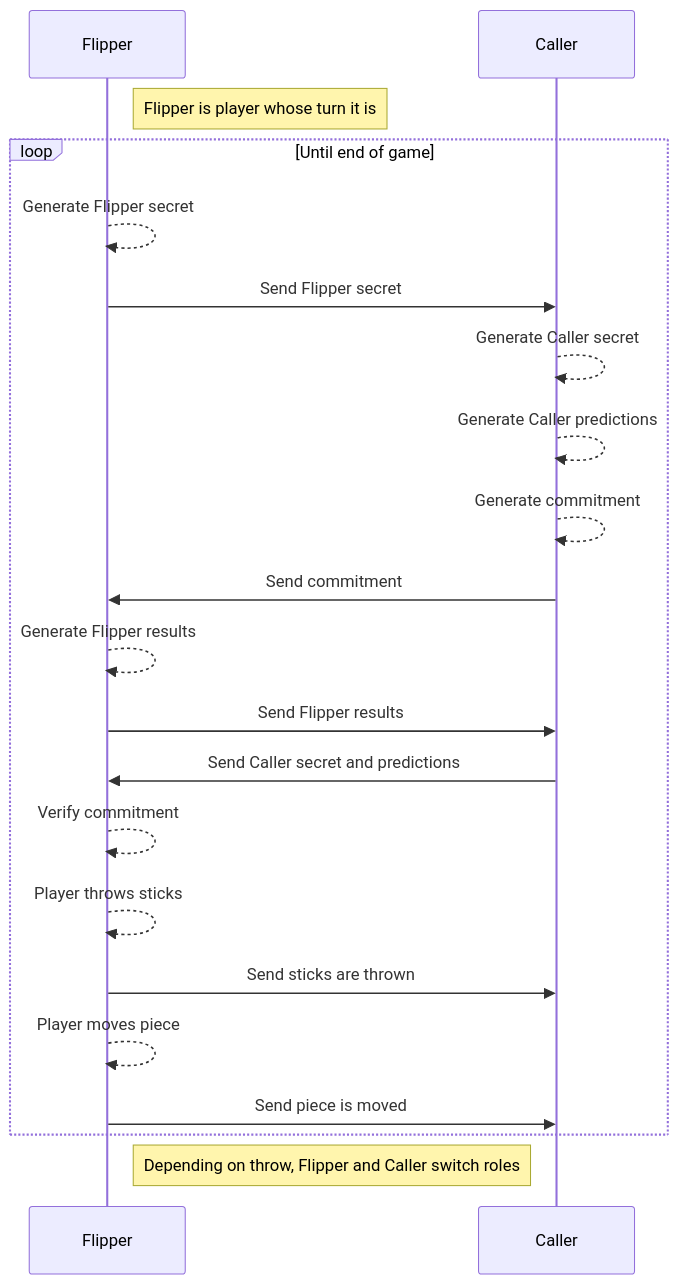
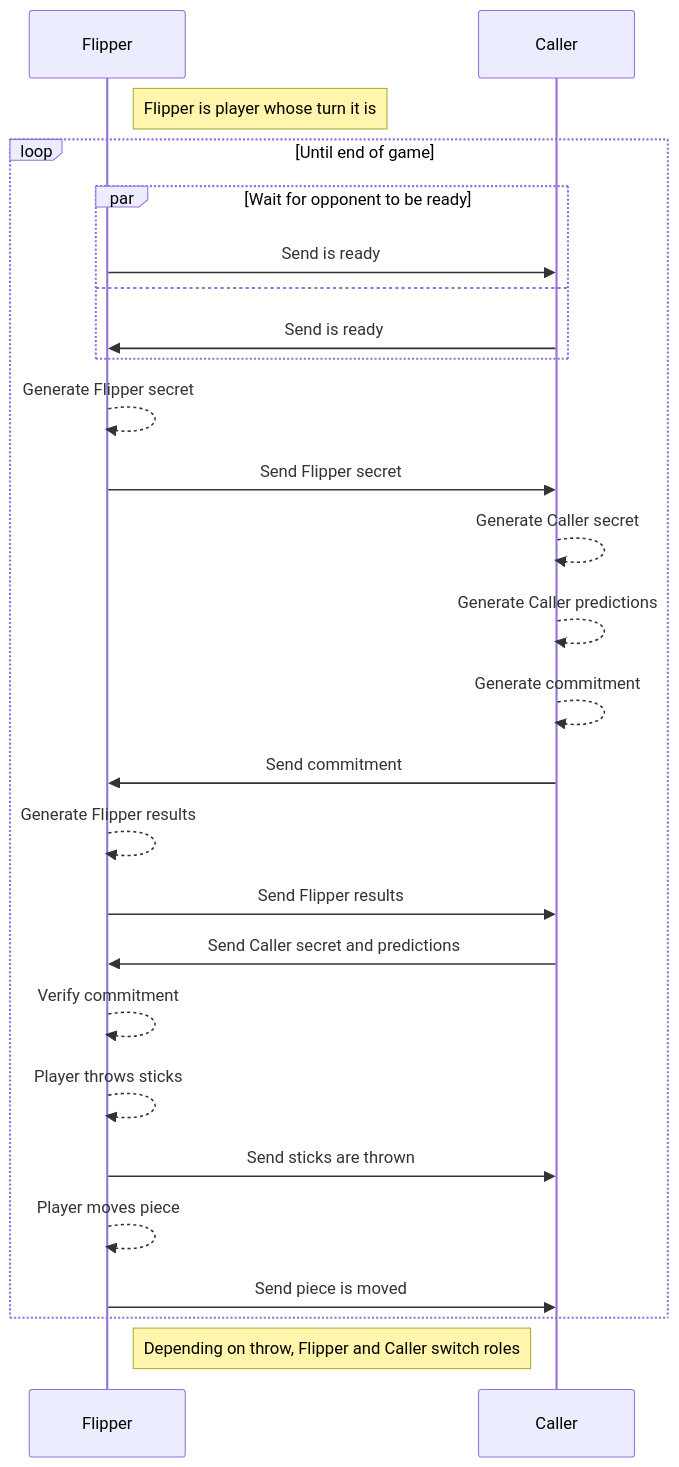
The second of 2 diagrams in README.md (macabot/senet), drawn with Mermaid before and after one commit. The commit also changed 4 other files, not shown here.

````diff
--- a/README.md
+++ b/README.md
@@ -120,21 +120,26 @@
 ```mermaid
 sequenceDiagram
     Note right of Flipper: Flipper is player whose turn it is
     loop Until end of game
+        par Wait for opponent to be ready
+            Flipper->>Caller: Send is ready
+        and
+            Caller->>Flipper: Send is ready
+        end
         Flipper-->>Flipper: Generate Flipper secret
         Flipper->>Caller: Send Flipper secret
         Caller-->>Caller: Generate Caller secret
         Caller-->>Caller: Generate Caller predictions
         Caller-->>Caller: Generate commitment
         Caller->>Flipper: Send commitment
         Flipper-->>Flipper: Generate Flipper results
         Flipper->>Caller: Send Flipper results
         Caller->>Flipper: Send Caller secret and predictions
         Flipper-->>Flipper: Verify commitment
         Flipper-->>Flipper: Player throws sticks
         Flipper->>Caller: Send sticks are thrown
         Flipper-->>Flipper: Player moves piece
         Flipper->>Caller: Send piece is moved
     end
     Note right of Flipper: Depending on throw, Flipper and Caller switch roles
 ```
````
